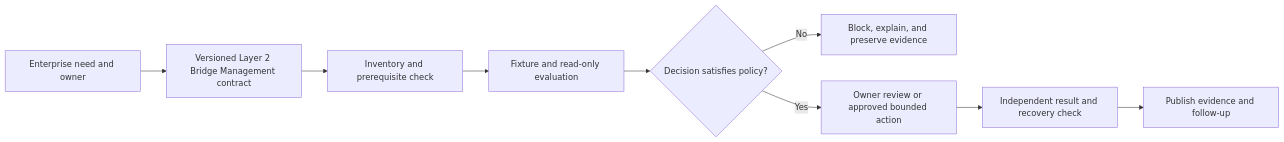
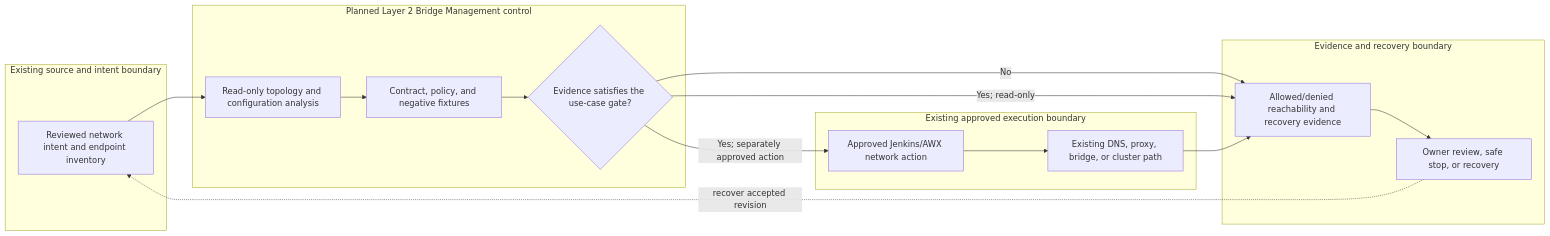
The diagram in docs/use-cases/network/UC-NET-010-layer-2-bridge-management.md (MIDHTECH/enterprise-architecture-docs), drawn with Mermaid before and after one commit. The commit also changed other lines of this file and 227 other files, not shown here.

Commit message:
Deepen architecture for all use case designs

````diff
--- a/docs/use-cases/network/UC-NET-010-layer-2-bridge-management.md
+++ b/docs/use-cases/network/UC-NET-010-layer-2-bridge-management.md
@@ -136,11 +129,25 @@
 ```mermaid
 flowchart LR
-    Need["Enterprise need and owner"] --> Contract["Versioned Layer 2 Bridge Management contract"]
-    Contract --> Preflight["Inventory and prerequisite check"]
-    Preflight --> Evaluate["Fixture and read-only evaluation"]
-    Evaluate --> Decision{"Decision satisfies policy?"}
-    Decision -->|No| Stop["Block, explain, and preserve evidence"]
-    Decision -->|Yes| Review["Owner review or approved bounded action"]
-    Review --> Verify["Independent result and recovery check"]
-    Verify --> Publish["Publish evidence and follow-up"]
+    subgraph Source["Existing source and intent boundary"]
+        A["Reviewed network intent and endpoint inventory"]
+    end
+    subgraph Planned["Planned Layer 2 Bridge Management control"]
+        B["Read-only topology and configuration analysis"]
+        C["Contract, policy, and negative fixtures"]
+        D{"Evidence satisfies the use-case gate?"}
+    end
+    subgraph Runtime["Existing approved execution boundary"]
+        E["Approved Jenkins/AWX network action"]
+        F["Existing DNS, proxy, bridge, or cluster path"]
+    end
+    subgraph Assurance["Evidence and recovery boundary"]
+        G["Allowed/denied reachability and recovery evidence"]
+        H["Owner review, safe stop, or recovery"]
+    end
+
+    A --> B --> C --> D
+    D -->|No| G --> H
+    D -->|Yes; read-only| G
+    D -->|Yes; separately approved action| E --> F --> G
+    H -. recover accepted revision .-> A
 ```
````
